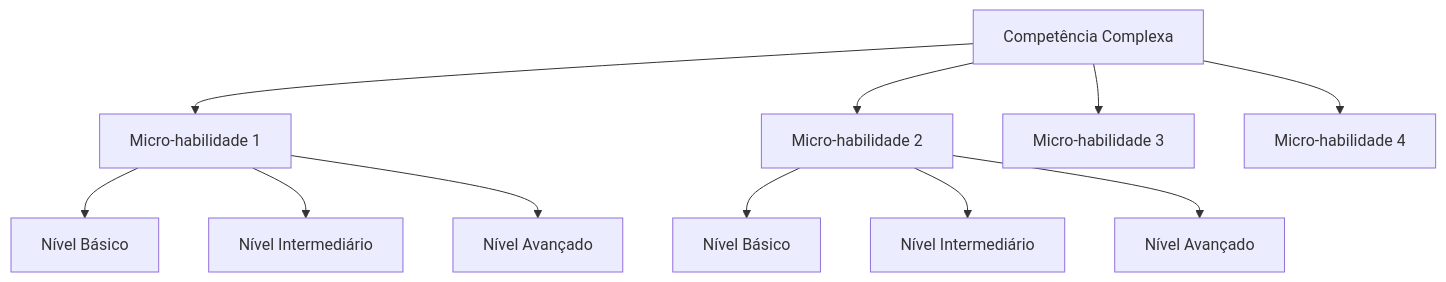
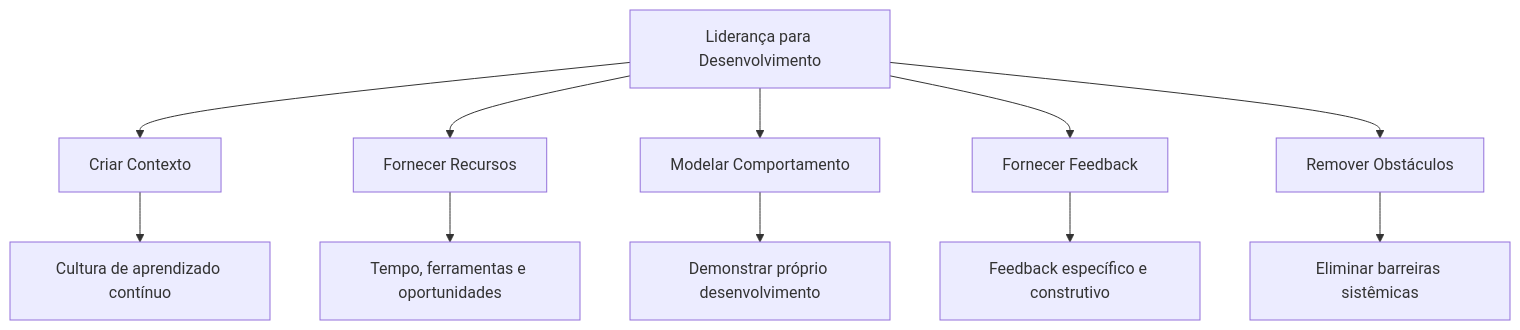
Before and after one commit to felipepimentel/my-public-notes: diagram 23 of 25 in Leadership/pdi.md, drawn with Mermaid. The commit also changed other lines of this file, not shown here.

````diff
--- a/Leadership/pdi.md
+++ b/Leadership/pdi.md
@@ -1182,15 +1457,14 @@
 ```mermaid
 graph TD
-    A[Competência Complexa] --> B[Micro-habilidade 1]
-    A --> C[Micro-habilidade 2]
-    A --> D[Micro-habilidade 3]
-    A --> E[Micro-habilidade 4]
+    A[Liderança para Desenvolvimento] --> B[Criar Contexto]
+    A --> C[Fornecer Recursos]
+    A --> D[Modelar Comportamento]
+    A --> E[Fornecer Feedback]
+    A --> F[Remover Obstáculos]
     
-    B --> F[Nível Básico]
-    B --> G[Nível Intermediário]
-    B --> H[Nível Avançado]
-    
-    C --> I[Nível Básico]
-    C --> J[Nível Intermediário]
-    C --> K[Nível Avançado]
+    B --> G[Cultura de aprendizado contínuo]
+    C --> H[Tempo, ferramentas e oportunidades]
+    D --> I[Demonstrar próprio desenvolvimento]
+    E --> J[Feedback específico e construtivo]
+    F --> K[Eliminar barreiras sistêmicas]
 ```
````
